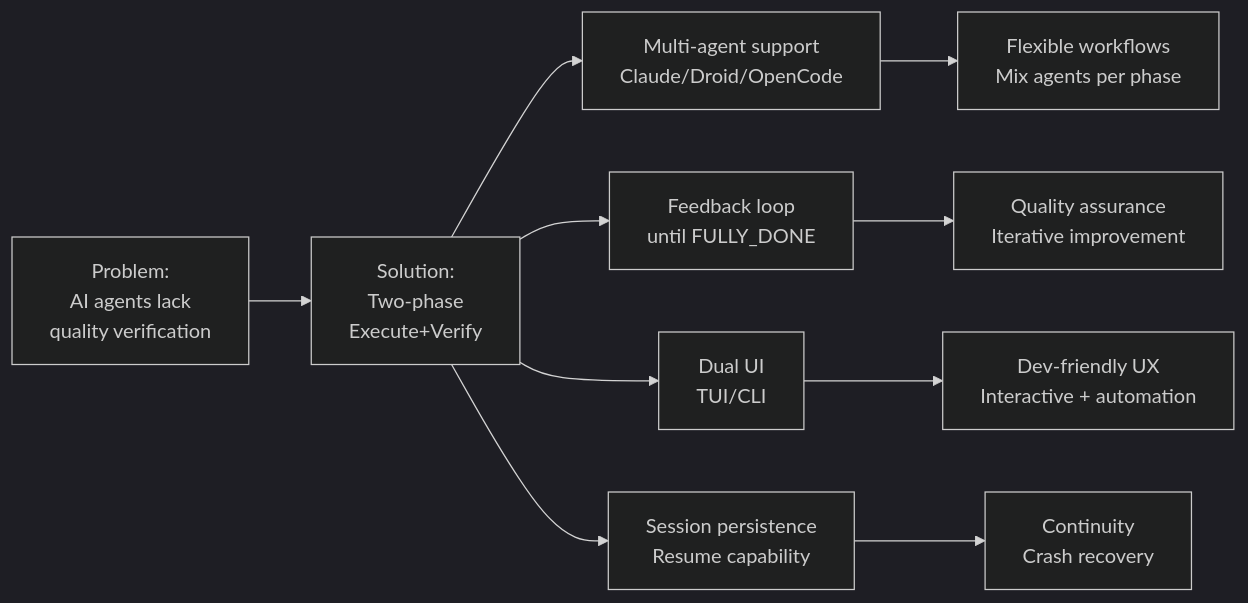
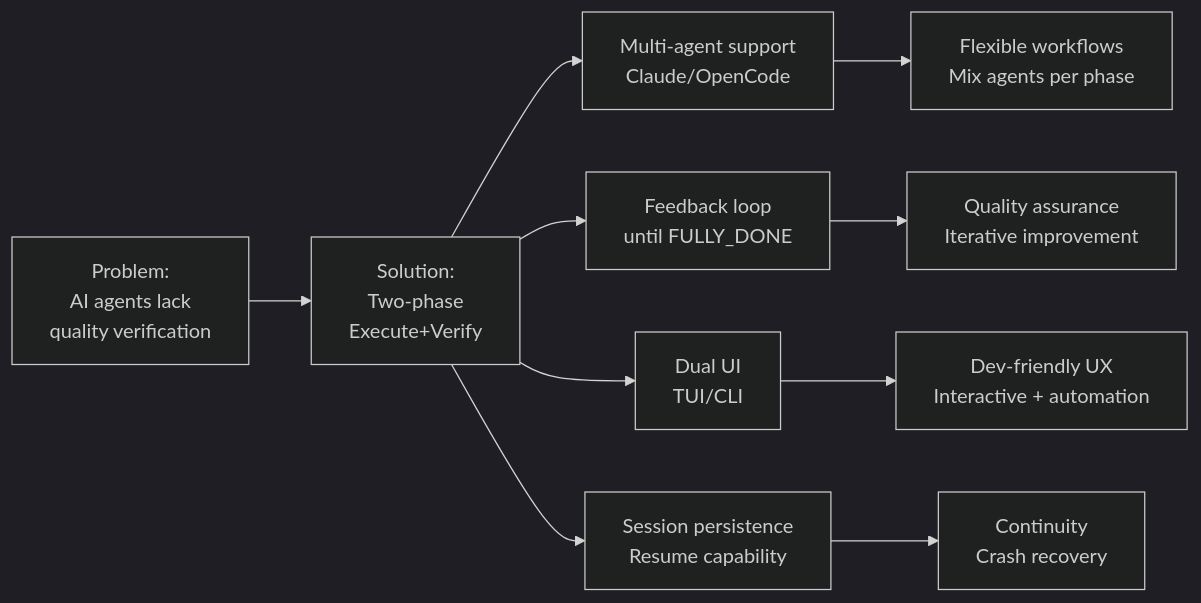
Before and after one commit to code-yeongyu/sisyphus-private: the second of 2 diagrams in AGENTS.md, drawn with Mermaid (dark theme). The commit also changed other lines of this file and 10 other files, not shown here.

First line of the commit message:
Remove DroidAgent support

````diff
--- a/AGENTS.md
+++ b/AGENTS.md
@@ -129,14 +125,14 @@
 ```mermaid
 graph LR
     P[Problem:<br/>AI agents lack<br/>quality verification] --> S[Solution:<br/>Two-phase<br/>Execute+Verify]
 
-    S --> F1[Multi-agent support<br/>Claude/Droid/OpenCode]
+    S --> F1[Multi-agent support<br/>Claude/OpenCode]
     S --> F2[Feedback loop<br/>until FULLY_DONE]
     S --> F3[Dual UI<br/>TUI/CLI]
     S --> F4[Session persistence<br/>Resume capability]
 
     F1 --> B1[Flexible workflows<br/>Mix agents per phase]
     F2 --> B2[Quality assurance<br/>Iterative improvement]
     F3 --> B3[Dev-friendly UX<br/>Interactive + automation]
     F4 --> B4[Continuity<br/>Crash recovery]
 ```
````
